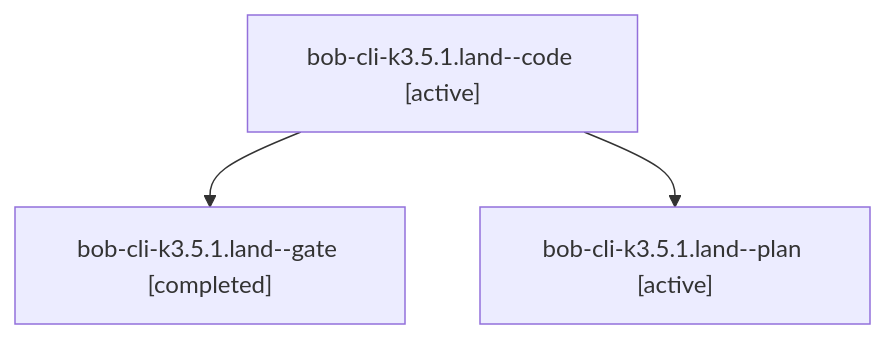
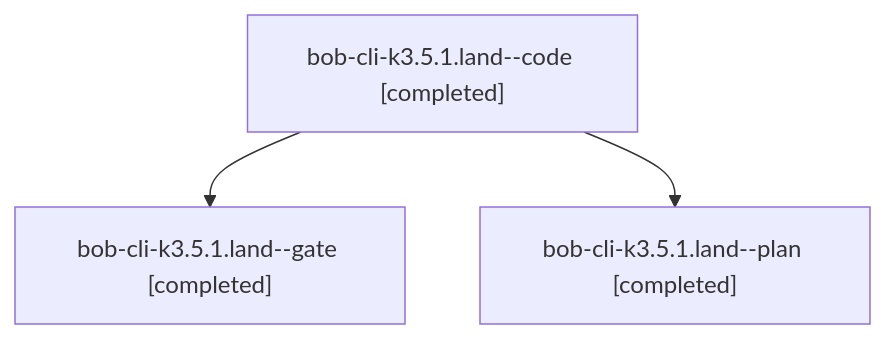
One commit to bobs-org/bob-cli--agents changed the diagram in sessions/bbugyi200.athena.bob-cli-k3.5.1.land.md. Above: the diagram before and after it, drawn with Mermaid. The commit also changed other lines of this file and 60 other files, not shown here.

````diff
--- a/sessions/bbugyi200.athena.bob-cli-k3.5.1.land.md
+++ b/sessions/bbugyi200.athena.bob-cli-k3.5.1.land.md
@@ -9,8 +9,8 @@
 ```mermaid
 flowchart TD
-  n0["bob-cli-k3.5.1.land--code [active]"]
+  n0["bob-cli-k3.5.1.land--code [completed]"]
   n1["bob-cli-k3.5.1.land--gate [completed]"]
   n0 --> n1
-  n2["bob-cli-k3.5.1.land--plan [active]"]
+  n2["bob-cli-k3.5.1.land--plan [completed]"]
   n0 --> n2
 ```
````
